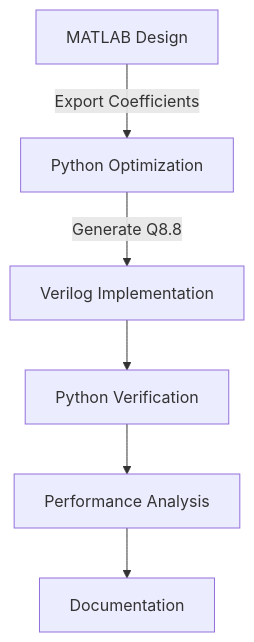
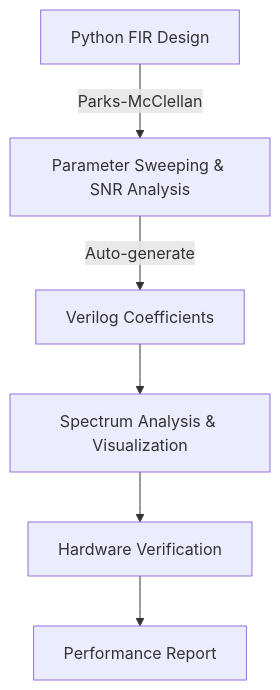
Before and after one commit to ColinE0/Finite-Impulse-Response-Filter-Implementation: the diagram in README.md, drawn with Mermaid. The commit also changed other lines of this file and 1 other file, not shown here.

First line of the commit message:
docs: Add project documentation and git configuration

````diff
--- a/README.md
+++ b/README.md
@@ -45,8 +56,8 @@
 ```mermaid
 graph TD
-    A[MATLAB Design] -->|Export Coefficients| B[Python Optimization]
-    B -->|Generate Q8.8| C[Verilog Implementation] 
-    C --> D[Python Verification]
-    D --> E[Performance Analysis]
-    E --> F[Documentation]
+    A[Python FIR Design] -->|Parks-McClellan| B[Parameter Sweeping & SNR Analysis]
+    B -->|Auto-generate| C[Verilog Coefficients]
+    C --> D[Spectrum Analysis & Visualization]
+    D --> E[Hardware Verification]
+    E --> F[Performance Report]
 ```
````
